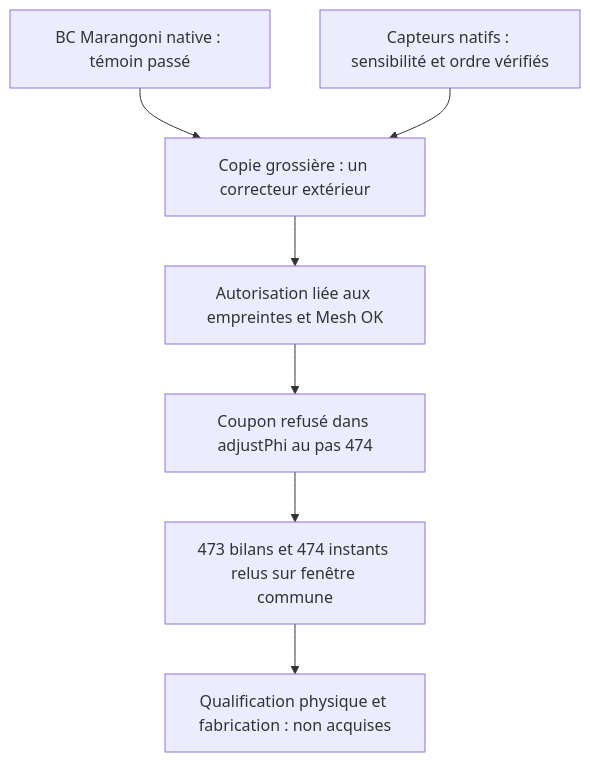
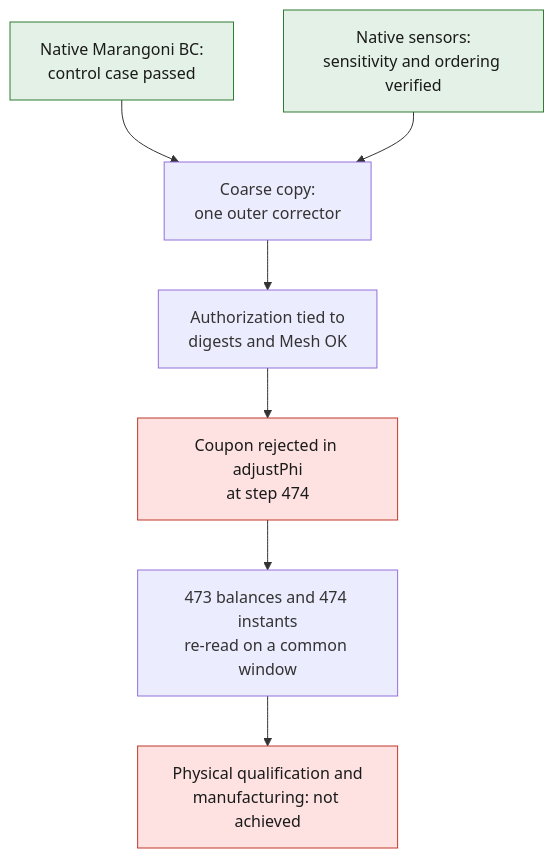
Before and after one commit to cluster2600/porscheparts: the diagram in docs/reports/M64_F58_COUPLED_FLOW_20260908.md, drawn with Mermaid. The commit also changed other lines of this file and 228 other files, not shown here.

````diff
--- a/docs/reports/M64_F58_COUPLED_FLOW_20260908.md
+++ b/docs/reports/M64_F58_COUPLED_FLOW_20260908.md
@@ -184,9 +18,13 @@
 ```mermaid
 flowchart TD
-    A["BC Marangoni native : témoin passé"] --> C["Copie grossière : un correcteur extérieur"]
-    B["Capteurs natifs : sensibilité et ordre vérifiés"] --> C
-    C --> D["Autorisation liée aux empreintes et Mesh OK"]
-    D --> E["Coupon refusé dans adjustPhi au pas 474"]
-    E --> F["473 bilans et 474 instants relus sur fenêtre commune"]
-    F --> G["Qualification physique et fabrication : non acquises"]
+    A["Native Marangoni BC:<br/>control case passed"] --> C["Coarse copy:<br/>one outer corrector"]
+    B["Native sensors:<br/>sensitivity and ordering verified"] --> C
+    C --> D["Authorization tied to<br/>digests and Mesh OK"]
+    D --> E["Coupon rejected in adjustPhi<br/>at step 474"]
+    E --> F["473 balances and 474 instants<br/>re-read on a common window"]
+    F --> G["Physical qualification and<br/>manufacturing: not achieved"]
+    classDef stop fill:#fde2e1,stroke:#c0392b,color:#1a1a1a;
+    classDef ok fill:#e3f1e6,stroke:#2e7d32,color:#1a1a1a;
+    class A,B ok;
+    class E,G stop;
 ```
````
